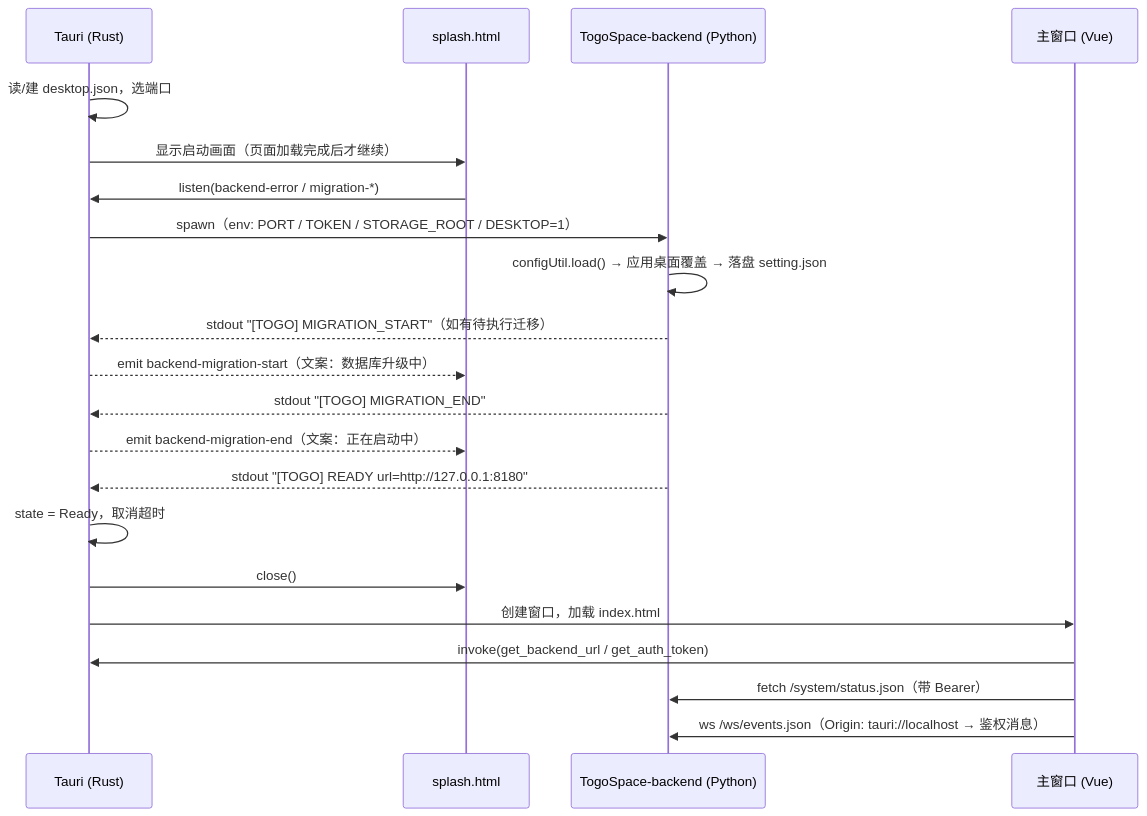
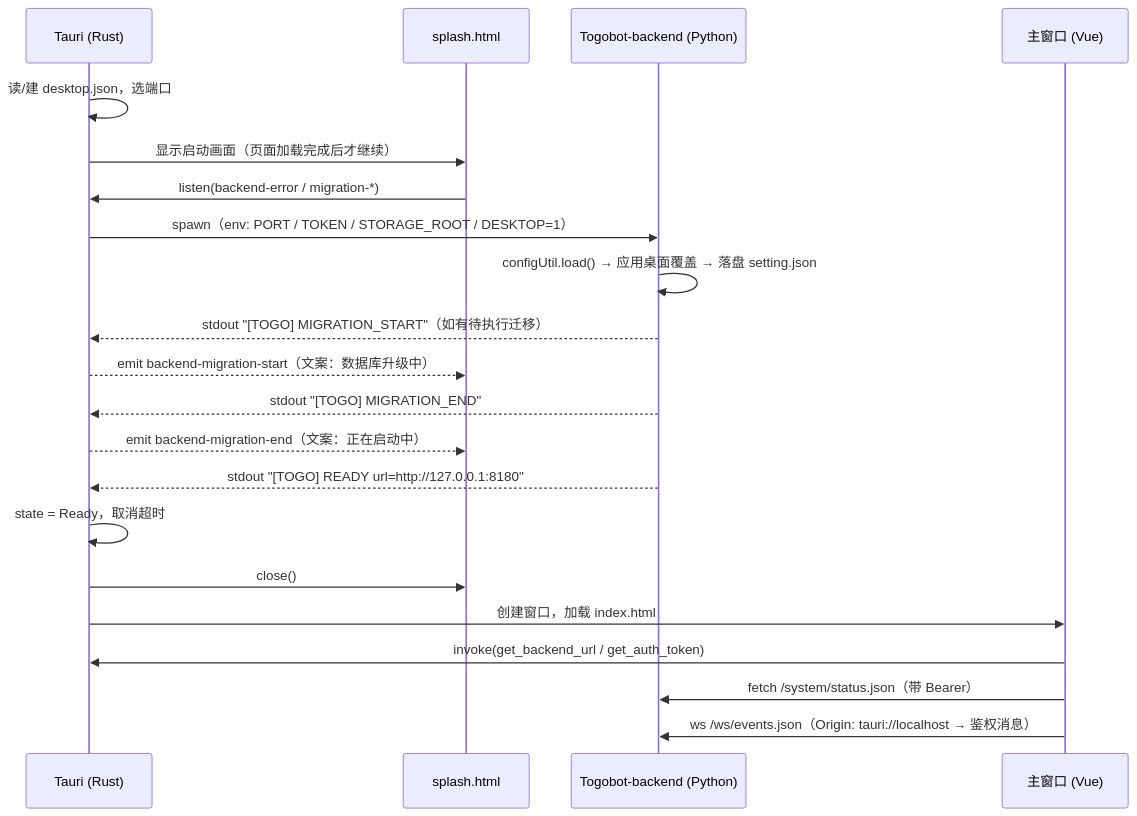
The diagram in docs/design/2026-10-29-tauri-desktop-shell/step2_technical.md (alexazhou/TogoSpace), drawn with Mermaid before and after one commit. The commit also changed other lines of this file and 20 other files, not shown here.

First line of the commit message:
docs(rename): 用户文档与测试字面量 TogoSpace → Togobot

````diff
--- a/docs/design/2026-10-29-tauri-desktop-shell/step2_technical.md
+++ b/docs/design/2026-10-29-tauri-desktop-shell/step2_technical.md
@@ -359,24 +359,24 @@
 ```mermaid
 sequenceDiagram
     participant Rust as Tauri (Rust)
     participant Splash as splash.html
-    participant Py as TogoSpace-backend (Python)
+    participant Py as Togobot-backend (Python)
     participant Main as 主窗口 (Vue)
 
     Rust->>Rust: 读/建 desktop.json，选端口
     Rust->>Splash: 显示启动画面（页面加载完成后才继续）
     Splash->>Rust: listen(backend-error / migration-*)
     Rust->>Py: spawn（env: PORT / TOKEN / STORAGE_ROOT / DESKTOP=1）
     Py->>Py: configUtil.load() → 应用桌面覆盖 → 落盘 setting.json
     Py-->>Rust: stdout "[TOGO] MIGRATION_START"（如有待执行迁移）
     Rust-->>Splash: emit backend-migration-start（文案：数据库升级中）
     Py-->>Rust: stdout "[TOGO] MIGRATION_END"
     Rust-->>Splash: emit backend-migration-end（文案：正在启动中）
     Py-->>Rust: stdout "[TOGO] READY url=http://127.0.0.1:8180"
     Rust->>Rust: state = Ready，取消超时
     Rust->>Splash: close()
     Rust->>Main: 创建窗口，加载 index.html
     Main->>Rust: invoke(get_backend_url / get_auth_token)
     Main->>Py: fetch /system/status.json（带 Bearer）
     Main->>Py: ws /ws/events.json（Origin: tauri://localhost → 鉴权消息）
 ```
````
